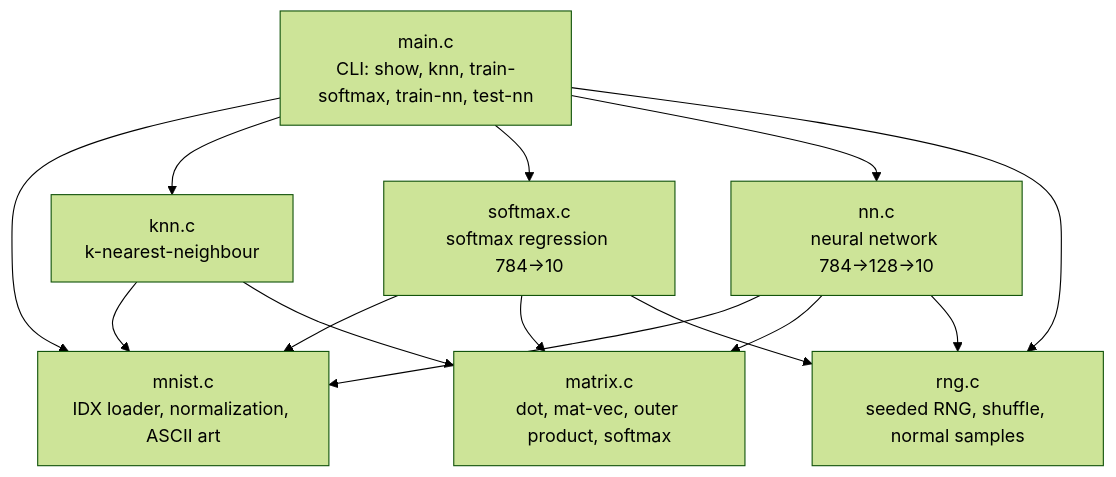
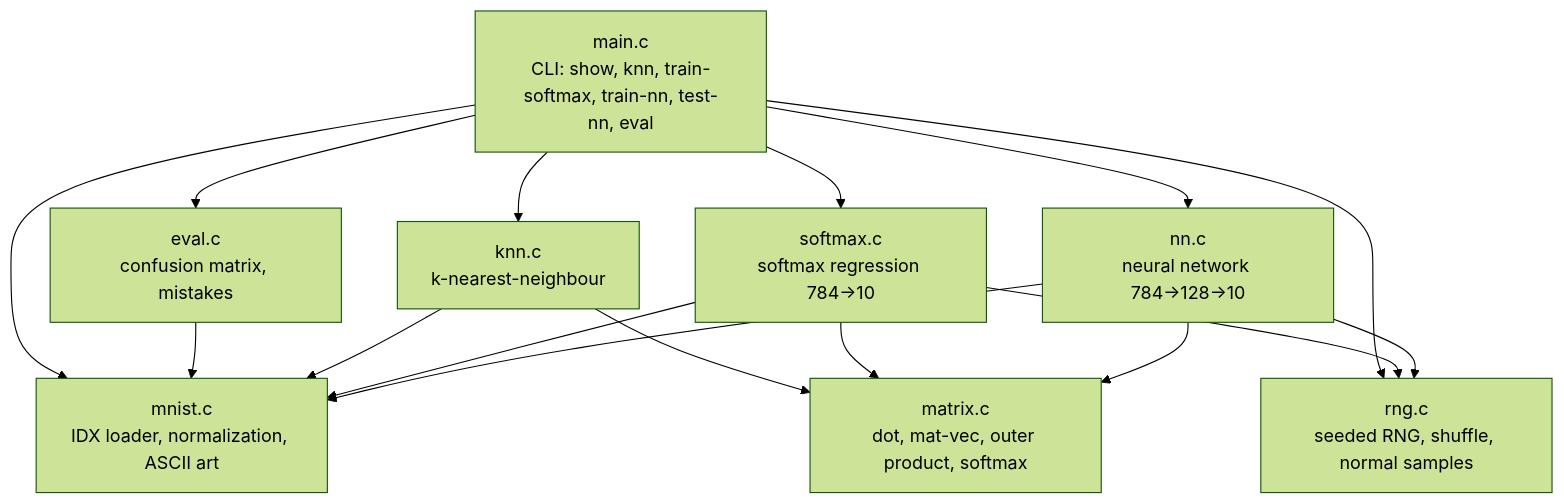
Before and after one commit to aayushsinghthapa-cloud/digit-recognizer-c: the first of 2 diagrams in docs/ARCHITECTURE.md, drawn with Mermaid (forest theme). The commit also changed other lines of this file and 5 other files, not shown here.

First line of the commit message:
feat(eval): add confusion matrix, confused pairs, and mistake viewer

````diff
--- a/docs/ARCHITECTURE.md
+++ b/docs/ARCHITECTURE.md
@@ -7,24 +7,27 @@
 ```mermaid
 flowchart TD
-    main["main.c<br/>CLI: show, knn, train-softmax, train-nn, test-nn"]
+    main["main.c<br/>CLI: show, knn, train-softmax, train-nn, test-nn, eval"]
     mnist["mnist.c<br/>IDX loader, normalization, ASCII art"]
     knn["knn.c<br/>k-nearest-neighbour"]
     softmax["softmax.c<br/>softmax regression 784→10"]
     nn["nn.c<br/>neural network 784→128→10"]
+    eval["eval.c<br/>confusion matrix, mistakes"]
     matrix["matrix.c<br/>dot, mat-vec, outer product, softmax"]
     rng["rng.c<br/>seeded RNG, shuffle, normal samples"]
 
     main --> mnist
     main --> knn
     main --> softmax
     main --> nn
     main --> rng
+    main --> eval
+    eval --> mnist
     knn --> mnist
     knn --> matrix
     softmax --> mnist
     softmax --> matrix
     softmax --> rng
     nn --> mnist
     nn --> matrix
     nn --> rng
 ```
````
